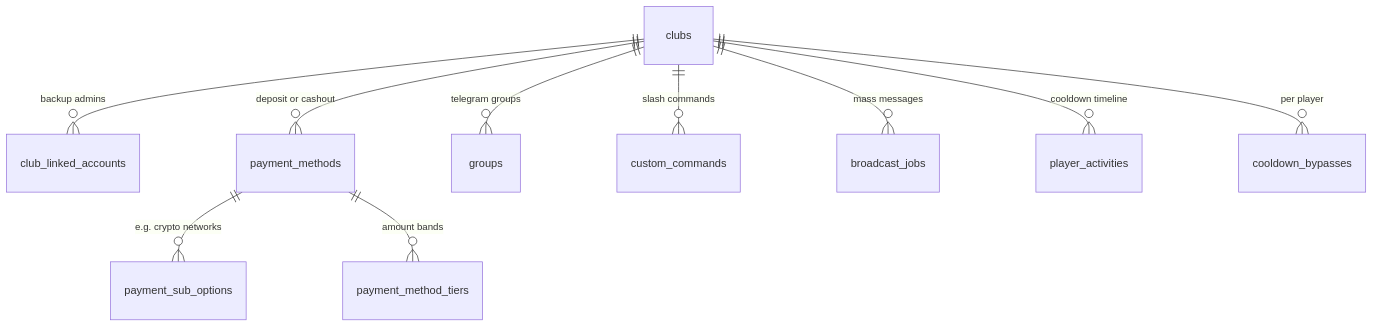
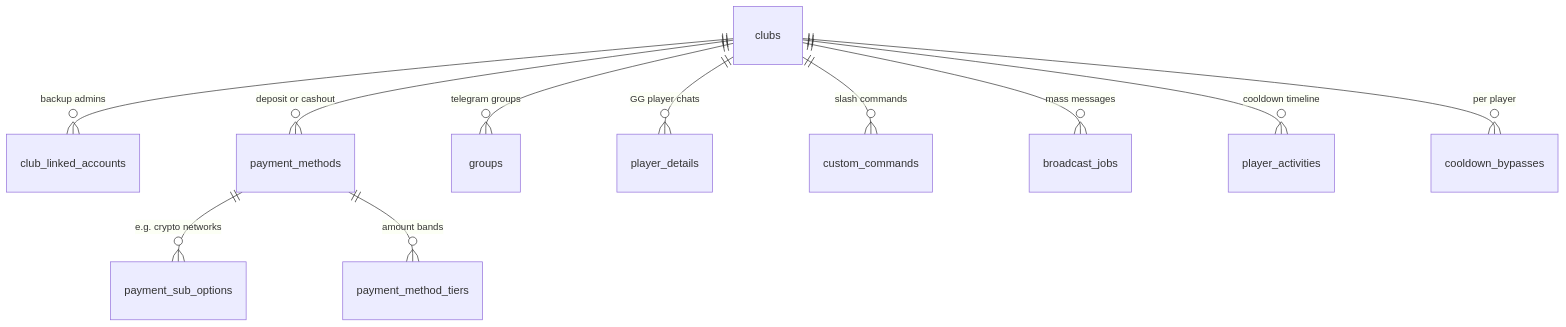
One commit to Edaad/gg-support-bot changed the diagram in docs/DATABASE.md. Above: the diagram before and after it, drawn with Mermaid. The commit also changed other lines of this file and 2 other files, not shown here.

Commit message:
Added player details migration

````diff
--- a/docs/DATABASE.md
+++ b/docs/DATABASE.md
@@ -11,12 +11,13 @@
 ```mermaid
 erDiagram
     clubs ||--o{ club_linked_accounts : "backup admins"
     clubs ||--o{ payment_methods : "deposit or cashout"
     clubs ||--o{ groups : "telegram groups"
+    clubs ||--o{ player_details : "GG player chats"
     clubs ||--o{ custom_commands : "slash commands"
     clubs ||--o{ broadcast_jobs : "mass messages"
     clubs ||--o{ player_activities : "cooldown timeline"
     clubs ||--o{ cooldown_bypasses : "per player"
     payment_methods ||--o{ payment_sub_options : "e.g. crypto networks"
     payment_methods ||--o{ payment_method_tiers : "amount bands"
 ```
````
